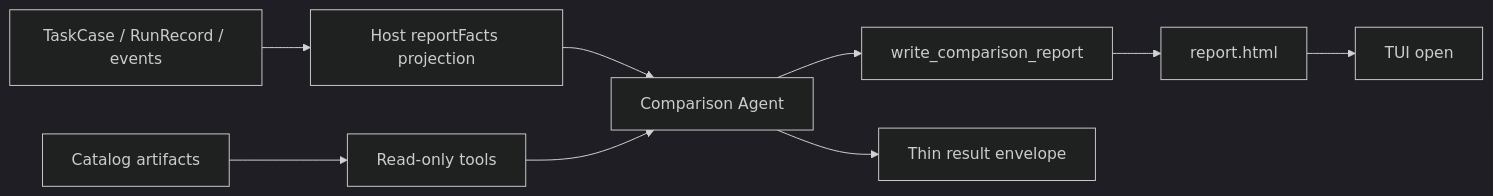
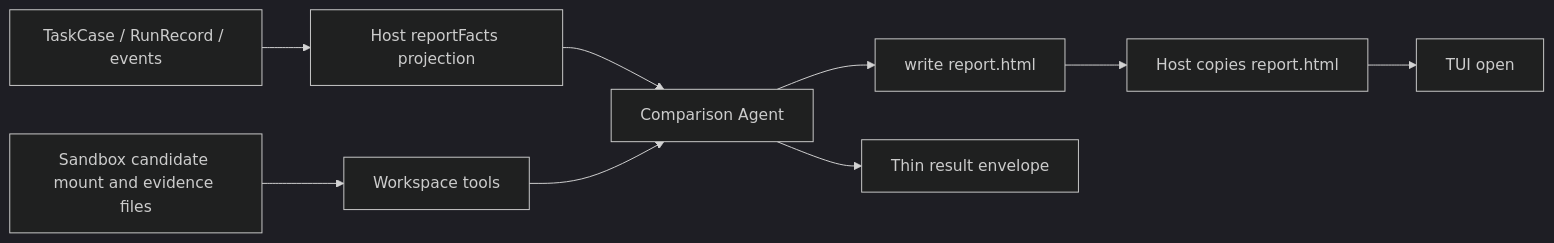
One commit to caulif/Reprise changed the diagram in docs/architecture/comparison.md. Above: the diagram before and after it, drawn with Mermaid (dark theme). The commit also changed other lines of this file and 40 other files, not shown here.

````diff
--- a/docs/architecture/comparison.md
+++ b/docs/architecture/comparison.md
@@ -9,11 +9,11 @@
 ```mermaid
 flowchart LR
   A[TaskCase / RunRecord / events] --> B[Host reportFacts projection]
-  C[Catalog artifacts] --> D[Read-only tools]
+  C[Sandbox candidate mount and evidence files] --> D[Workspace tools]
   B --> E[Comparison Agent]
   D --> E
-  E --> F[write_comparison_report]
-  F --> G[report.html]
+  E --> F[write report.html]
+  F --> G[Host copies report.html]
   E --> H[Thin result envelope]
   G --> I[TUI open]
 ```
````
